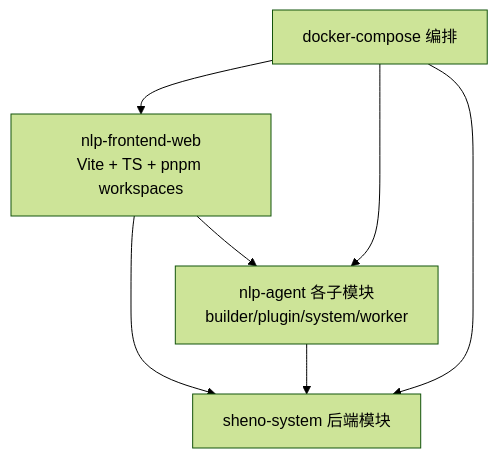
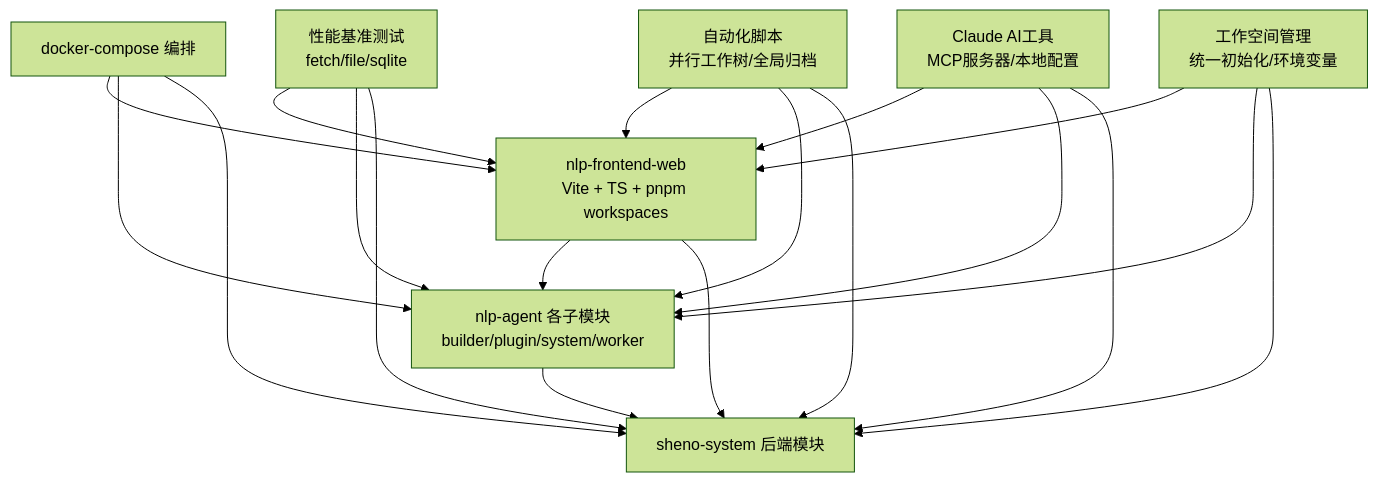
The second of 12 diagrams in .qoder/repowiki/zh/content/开发工具与环境.md (H2546285967/AiCode), drawn with Mermaid (forest theme) before and after one commit. The commit also changed other lines of this file and 108 other files, not shown here.

````diff
--- a/.qoder/repowiki/zh/content/开发工具与环境.md
+++ b/.qoder/repowiki/zh/content/开发工具与环境.md
@@ -247,13 +144,29 @@
 ```mermaid
 graph TB
 FE["nlp-frontend-web<br/>Vite + TS + pnpm workspaces"]
 AG["nlp-agent 各子模块<br/>builder/plugin/system/worker"]
 SYS["sheno-system 后端模块"]
 DC["docker-compose 编排"]
+BT["性能基准测试<br/>fetch/file/sqlite"]
+AS["自动化脚本<br/>并行工作树/全局归档"]
+CA["Claude AI工具<br/>MCP服务器/本地配置"]
+WS["工作空间管理<br/>统一初始化/环境变量"]
 FE --> AG
 FE --> SYS
 AG --> SYS
 DC --> FE
 DC --> AG
 DC --> SYS
+BT --> FE
+BT --> AG
+BT --> SYS
+AS --> FE
+AS --> AG
+AS --> SYS
+CA --> FE
+CA --> AG
+CA --> SYS
+WS --> FE
+WS --> AG
+WS --> SYS
 ```
````
